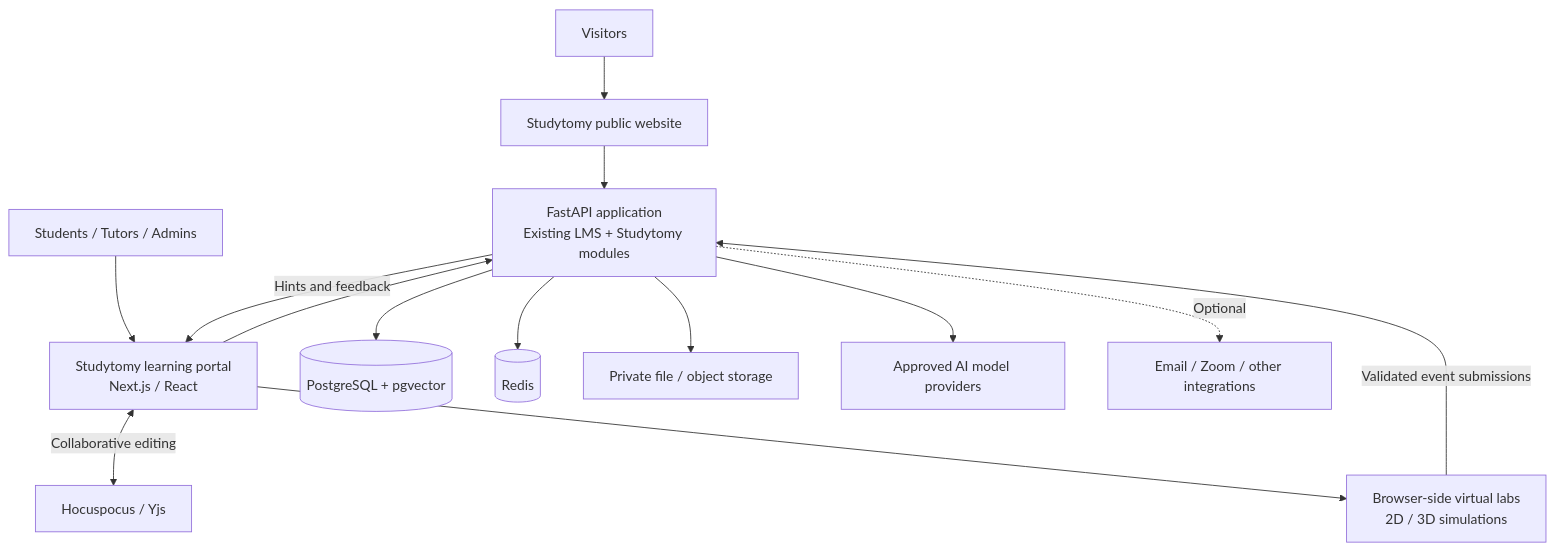
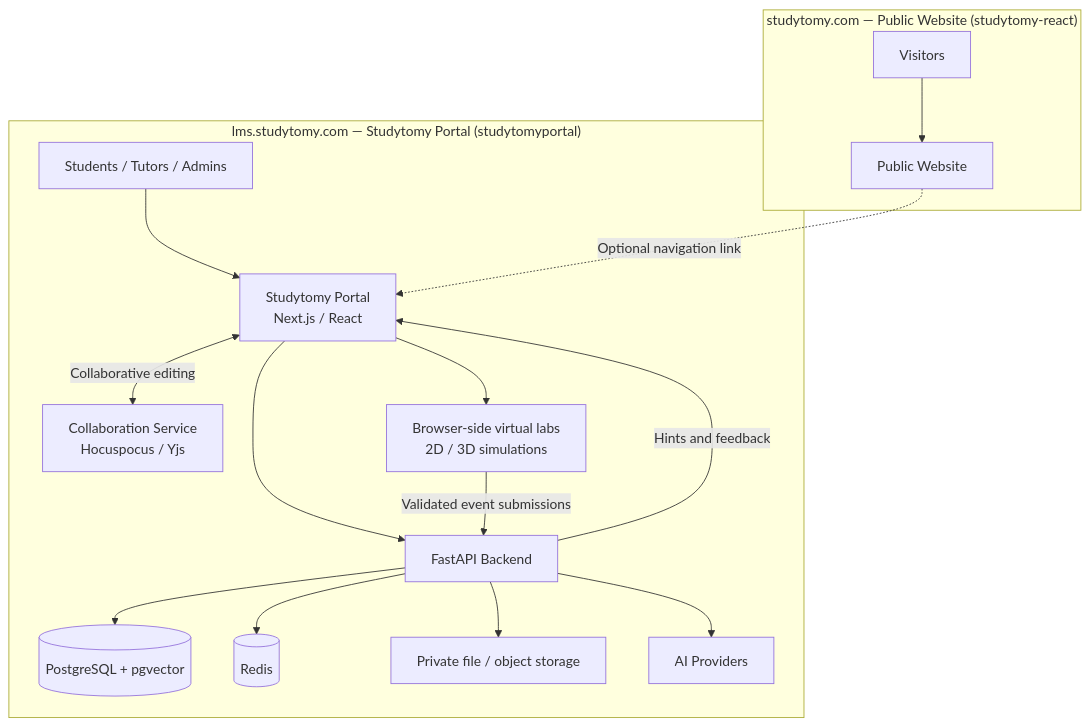
Before and after one commit to nirzaf/studytomyportal: the diagram in README.md, drawn with Mermaid. The commit also changed other lines of this file and 1 other file, not shown here.

Commit message:
Docs: set lms.studytomy.com target domain and clarify independent public website separation

````diff
--- a/README.md
+++ b/README.md
@@ -104,16 +104,21 @@
 ```mermaid
 flowchart TD
-  Visitor[Visitors] --> Marketing[Studytomy public website]
-  Learner[Students / Tutors / Admins] --> Web[Studytomy learning portal\nNext.js / React]
-  Marketing --> API[FastAPI application\nExisting LMS + Studytomy modules]
-  Web --> API
-  Web <-->|Collaborative editing| Collab[Hocuspocus / Yjs]
-  API --> PG[(PostgreSQL + pgvector)]
-  API --> Redis[(Redis)]
-  API --> Files[Private file / object storage]
-  API --> AI[Approved AI model providers]
-  API -. Optional .-> Ext[Email / Zoom / other integrations]
-  Web --> Lab[Browser-side virtual labs\n2D / 3D simulations]
-  Lab -->|Validated event submissions| API
-  API -->|Hints and feedback| Web
+  subgraph PublicSite["studytomy.com — Public Website (studytomy-react)"]
+    Visitor[Visitors] --> Marketing[Public Website]
+  end
+
+  subgraph LMS["lms.studytomy.com — Studytomy Portal (studytomyportal)"]
+    Learner[Students / Tutors / Admins] --> Web[Studytomy Portal\nNext.js / React]
+    Web --> API[FastAPI Backend]
+    Web <-->|Collaborative editing| Collab[Collaboration Service\nHocuspocus / Yjs]
+    API --> PG[(PostgreSQL + pgvector)]
+    API --> Redis[(Redis)]
+    API --> Files[Private file / object storage]
+    API --> AI[AI Providers]
+    Web --> Lab[Browser-side virtual labs\n2D / 3D simulations]
+    Lab -->|Validated event submissions| API
+    API -->|Hints and feedback| Web
+  end
+
+  Marketing -. Optional navigation link .-> Web
 ```
````
